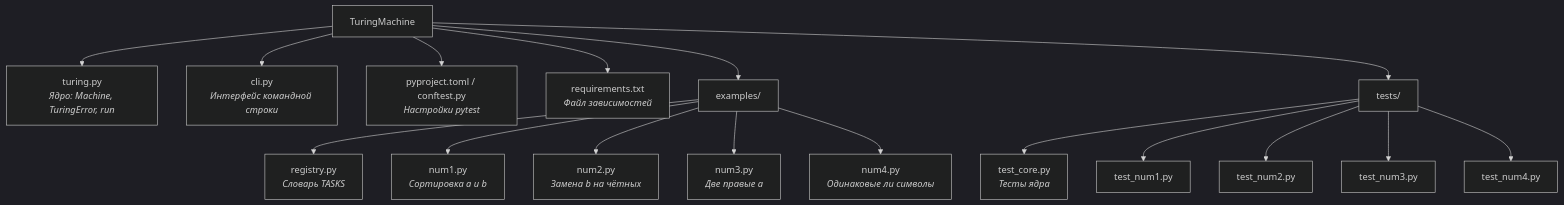
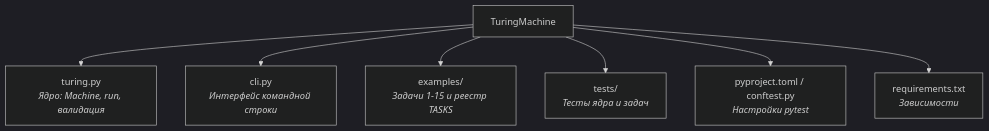
Before and after one commit to etxrnxlll/Turing-Machine-Interpreter: the diagram in README.md, drawn with Mermaid (dark theme). The commit also changed other lines of this file and 22 other files, not shown here.

First line of the commit message:
feat: add tasks 5-15, update registry and docs

````diff
--- a/README.md
+++ b/README.md
@@ -7,21 +7,22 @@
 ```mermaid
 graph TD
-    Root[TuringMachine] --> Core[turing.py<br><i>Ядро: Machine, TuringError, run</i>]
-    Root --> CLI[cli.py<br><i>Интерфейс командной строки</i>]
-    Root --> Config[pyproject.toml / conftest.py<br><i>Настройки pytest</i>]
-    Root --> Requirements[requirements.txt<br><i>Файл зависимостей</i>]
+    Root["TuringMachine"]
 
-    Root --> Examples[examples/]
-    Examples --> Reg[registry.py<br><i>Словарь TASKS</i>]
-    Examples --> N1[num1.py<br><i>Сортировка a и b</i>]
-    Examples --> N2[num2.py<br><i>Замена b на чётных</i>]
-    Examples --> N3[num3.py<br><i>Две правые a</i>]
-    Examples --> N4[num4.py<br><i>Одинаковые ли символы</i>]
-    
-    Root --> Tests[tests/]
-    Tests --> TC[test_core.py<br><i>Тесты ядра</i>]
-    Tests --> T1[test_num1.py]
-    Tests --> T2[test_num2.py]
-    Tests --> T3[test_num3.py]
-    Tests --> T4[test_num4.py]
+    %% Корневые файлы
+    Core["turing.py<br><i>Ядро: Machine, run, валидация</i>"]
+    CLI["cli.py<br><i>Интерфейс командной строки</i>"]
+    Config["pyproject.toml / conftest.py<br><i>Настройки pytest</i>"]
+    Req["requirements.txt<br><i>Зависимости</i>"]
+
+    %% Папки
+    Examples["examples/<br><i>Задачи 1-15 и реестр TASKS</i>"]
+    Tests["tests/<br><i>Тесты ядра и задач</i>"]
+
+    %% Связи
+    Root --> Core
+    Root --> CLI
+    Root --> Examples
+    Root --> Tests
+    Root --> Config
+    Root --> Req
 ```
````
